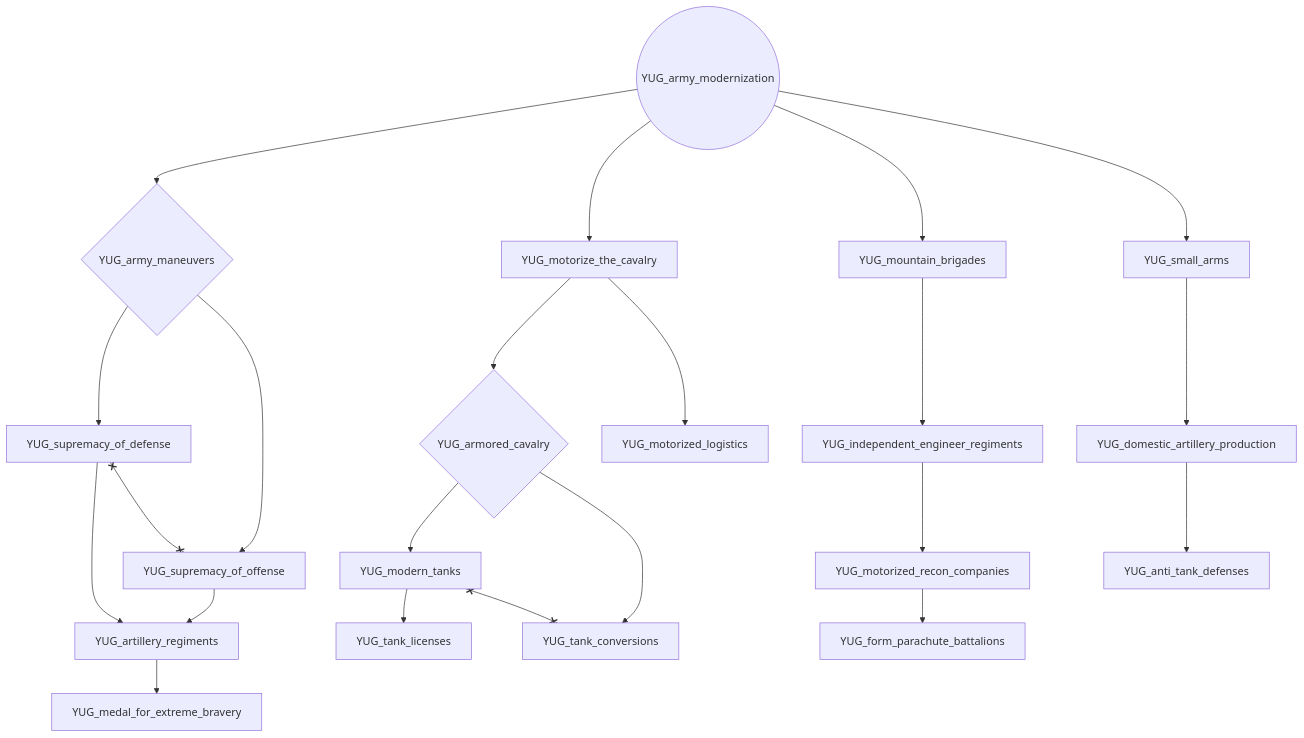
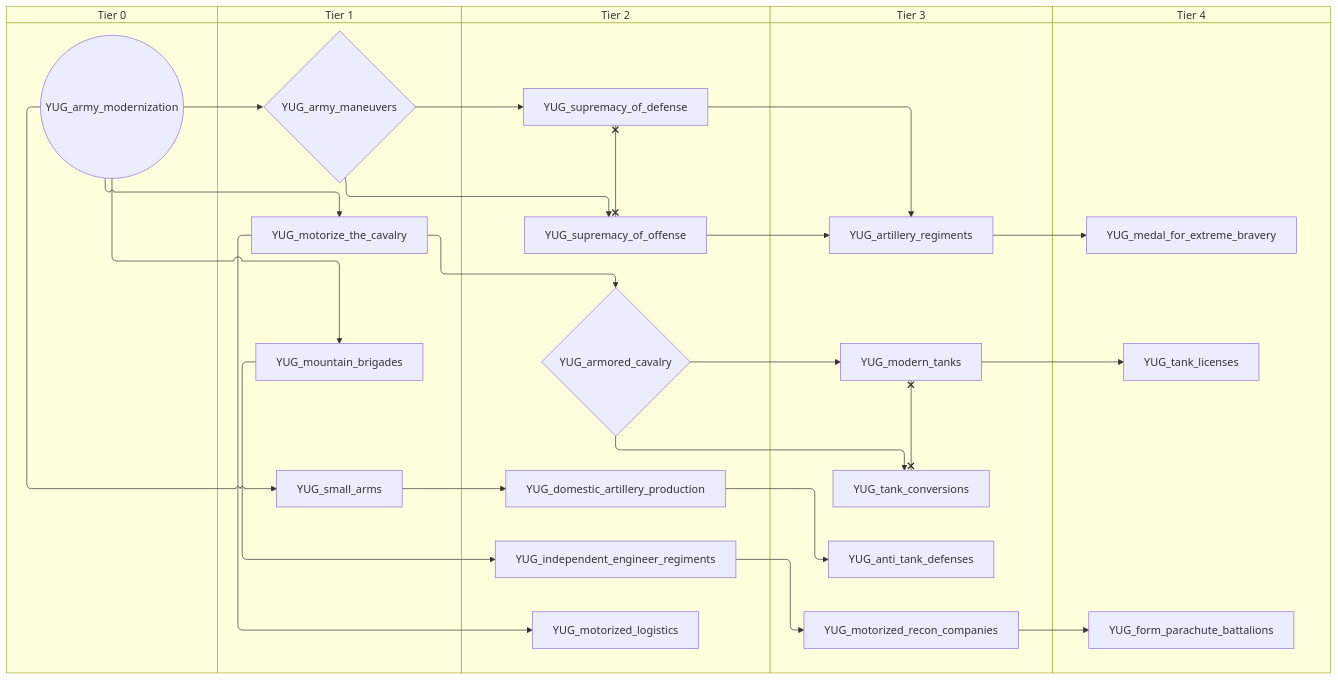
One commit to evgeny-sobol/hoi4-sandbox-mode changed the first of 7 diagrams in docs/gdd/National Focuses/yugoslavia.md. Above: the diagram before and after it, drawn with Mermaid. The commit also changed other lines of this file and 80 other files, not shown here.

First line of the commit message:
Add swimlane mode to focus graph exporter

````diff
--- a/docs/gdd/National Focuses/yugoslavia.md
+++ b/docs/gdd/National Focuses/yugoslavia.md
@@ -3,43 +3,53 @@
 ```mermaid
-flowchart TD
-    n1["YUG_anti_tank_defenses"]
-    n2{"YUG_armored_cavalry"}
-    n3{"YUG_army_maneuvers"}
-    n4(("YUG_army_modernization"))
-    n5["YUG_artillery_regiments"]
-    n6["YUG_domestic_artillery_production"]
-    n7["YUG_form_parachute_battalions"]
-    n8["YUG_independent_engineer_regiments"]
-    n9["YUG_medal_for_extreme_bravery"]
-    n10["YUG_modern_tanks"]
-    n11["YUG_motorize_the_cavalry"]
-    n12["YUG_motorized_logistics"]
-    n13["YUG_motorized_recon_companies"]
-    n14["YUG_mountain_brigades"]
-    n15["YUG_small_arms"]
-    n16["YUG_supremacy_of_defense"]
-    n17["YUG_supremacy_of_offense"]
-    n18["YUG_tank_conversions"]
-    n19["YUG_tank_licenses"]
-    n6 --> n1
-    n11 --> n2
-    n4 --> n3
-    n17 --> n5
-    n16 --> n5
-    n15 --> n6
-    n13 --> n7
-    n14 --> n8
-    n5 --> n9
+swimlane-beta TD
+    subgraph tier_0["Tier 0"]
+        n1(("YUG_army_modernization"))
+    end
+    subgraph tier_1["Tier 1"]
+        n2{"YUG_army_maneuvers"}
+        n3["YUG_motorize_the_cavalry"]
+        n4["YUG_mountain_brigades"]
+        n5["YUG_small_arms"]
+    end
+    subgraph tier_2["Tier 2"]
+        n6{"YUG_armored_cavalry"}
+        n7["YUG_domestic_artillery_production"]
+        n8["YUG_independent_engineer_regiments"]
+        n9["YUG_motorized_logistics"]
+        n10["YUG_supremacy_of_defense"]
+        n11["YUG_supremacy_of_offense"]
+    end
+    subgraph tier_3["Tier 3"]
+        n12["YUG_anti_tank_defenses"]
+        n13["YUG_artillery_regiments"]
+        n14["YUG_modern_tanks"]
+        n15["YUG_motorized_recon_companies"]
+        n16["YUG_tank_conversions"]
+    end
+    subgraph tier_4["Tier 4"]
+        n17["YUG_form_parachute_battalions"]
+        n18["YUG_medal_for_extreme_bravery"]
+        n19["YUG_tank_licenses"]
+    end
+    n7 --> n12
+    n3 --> n6
+    n1 --> n2
+    n11 --> n13
+    n10 --> n13
+    n5 --> n7
+    n15 --> n17
+    n4 --> n8
+    n13 --> n18
+    n6 --> n14
+    n1 --> n3
+    n3 --> n9
+    n8 --> n15
+    n1 --> n4
+    n1 --> n5
     n2 --> n10
-    n4 --> n11
-    n11 --> n12
-    n8 --> n13
-    n4 --> n14
-    n4 --> n15
-    n3 --> n16
-    n3 --> n17
-    n2 --> n18
-    n10 --> n19
-    n10 x--x n18
-    n16 x--x n17
+    n2 --> n11
+    n6 --> n16
+    n14 --> n19
+    n14 x--x n16
+    n10 x--x n11
 ```
````
